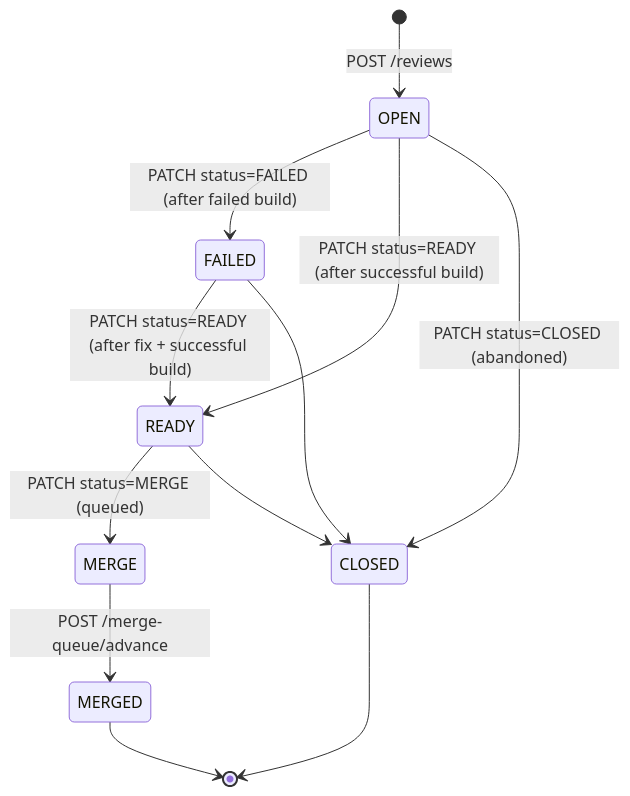
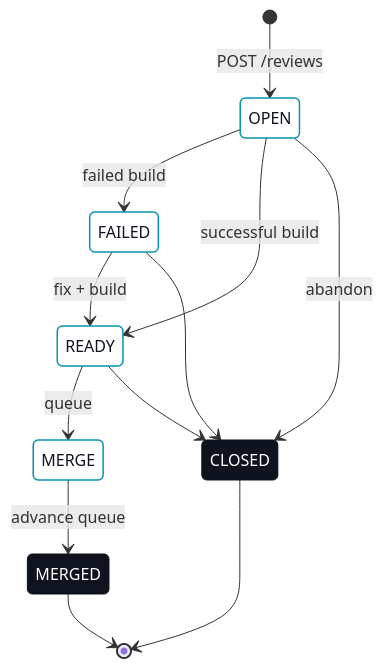
One commit to sophium/erun changed the diagram in erun-docs/docs/collaboration/reviews.md. Above: the diagram before and after it, drawn with Mermaid. The commit also changed other lines of this file and 83 other files, not shown here.

````diff
--- a/erun-docs/docs/collaboration/reviews.md
+++ b/erun-docs/docs/collaboration/reviews.md
@@ -40,14 +40,20 @@
 ```mermaid
 stateDiagram-v2
+    classDef endpoint fill:#0f1320,color:#ffffff,stroke:#0a1019,stroke-width:1px
+    classDef step fill:#ffffff,color:#0f1320,stroke:#0891b2,stroke-width:1.5px
+
     [*] --> OPEN: POST /reviews
-    OPEN --> FAILED: PATCH status=FAILED (after failed build)
-    OPEN --> READY: PATCH status=READY (after successful build)
-    FAILED --> READY: PATCH status=READY (after fix + successful build)
-    READY --> MERGE: PATCH status=MERGE (queued)
-    MERGE --> MERGED: POST /merge-queue/advance
-    OPEN --> CLOSED: PATCH status=CLOSED (abandoned)
+    OPEN --> FAILED: failed build
+    OPEN --> READY: successful build
+    FAILED --> READY: fix + build
+    READY --> MERGE: queue
+    MERGE --> MERGED: advance queue
+    OPEN --> CLOSED: abandon
     READY --> CLOSED
     FAILED --> CLOSED
     MERGED --> [*]
     CLOSED --> [*]
+
+    class OPEN,FAILED,READY,MERGE step
+    class MERGED,CLOSED endpoint
 ```
````
